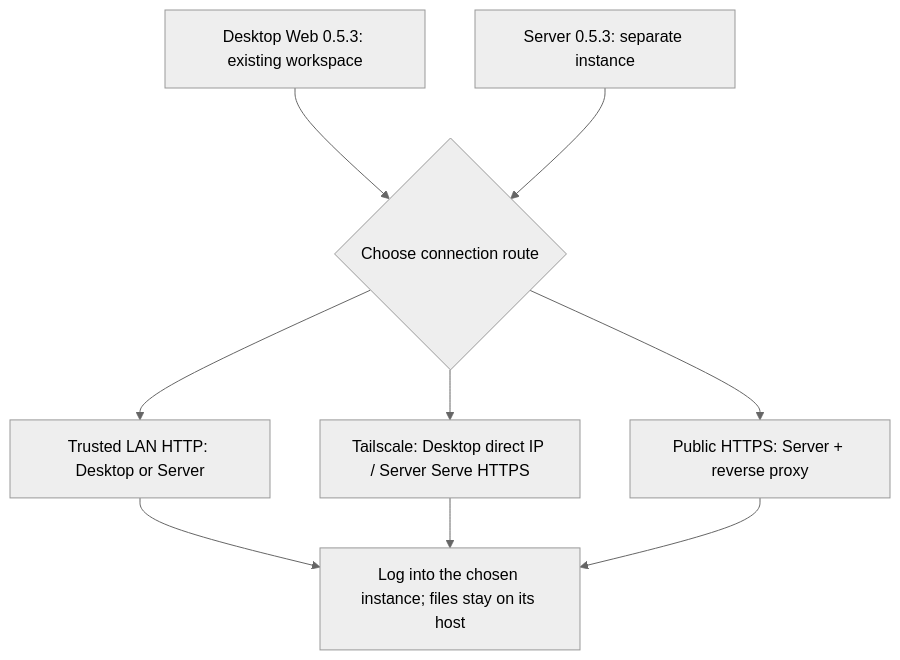
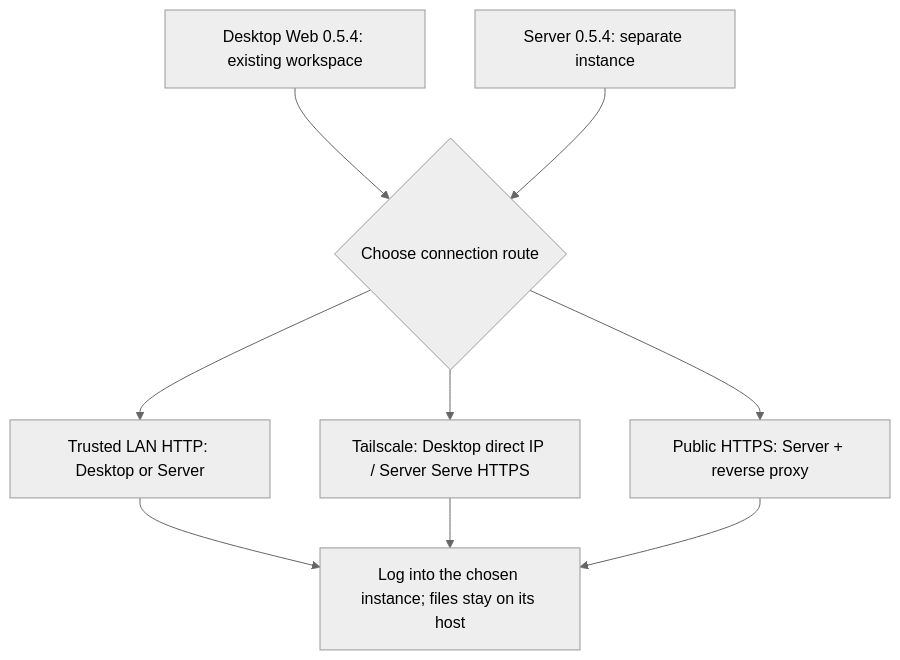
The diagram in website/site/public/assets/diagrams/deployment-choice-en.mmd (123eyu/rovai-ai), drawn with Mermaid (neutral theme) before and after one commit. The commit also changed 10 other files, not shown here.

```diff
--- a/website/site/public/assets/diagrams/deployment-choice-en.mmd
+++ b/website/site/public/assets/diagrams/deployment-choice-en.mmd
@@ -1,12 +1,12 @@
 flowchart TB
-  desktop["Desktop Web 0.5.3: existing workspace"]
-  server["Server 0.5.3: separate instance"]
+  desktop["Desktop Web 0.5.4: existing workspace"]
+  server["Server 0.5.4: separate instance"]
   choice{"Choose connection route"}
   desktop --> choice
   server --> choice
   choice --> lan["Trusted LAN HTTP: Desktop or Server"]
   choice --> ts["Tailscale: Desktop direct IP / Server Serve HTTPS"]
   choice --> public["Public HTTPS: Server + reverse proxy"]
   lan --> login["Log into the chosen instance; files stay on its host"]
   ts --> login
   public --> login
```
